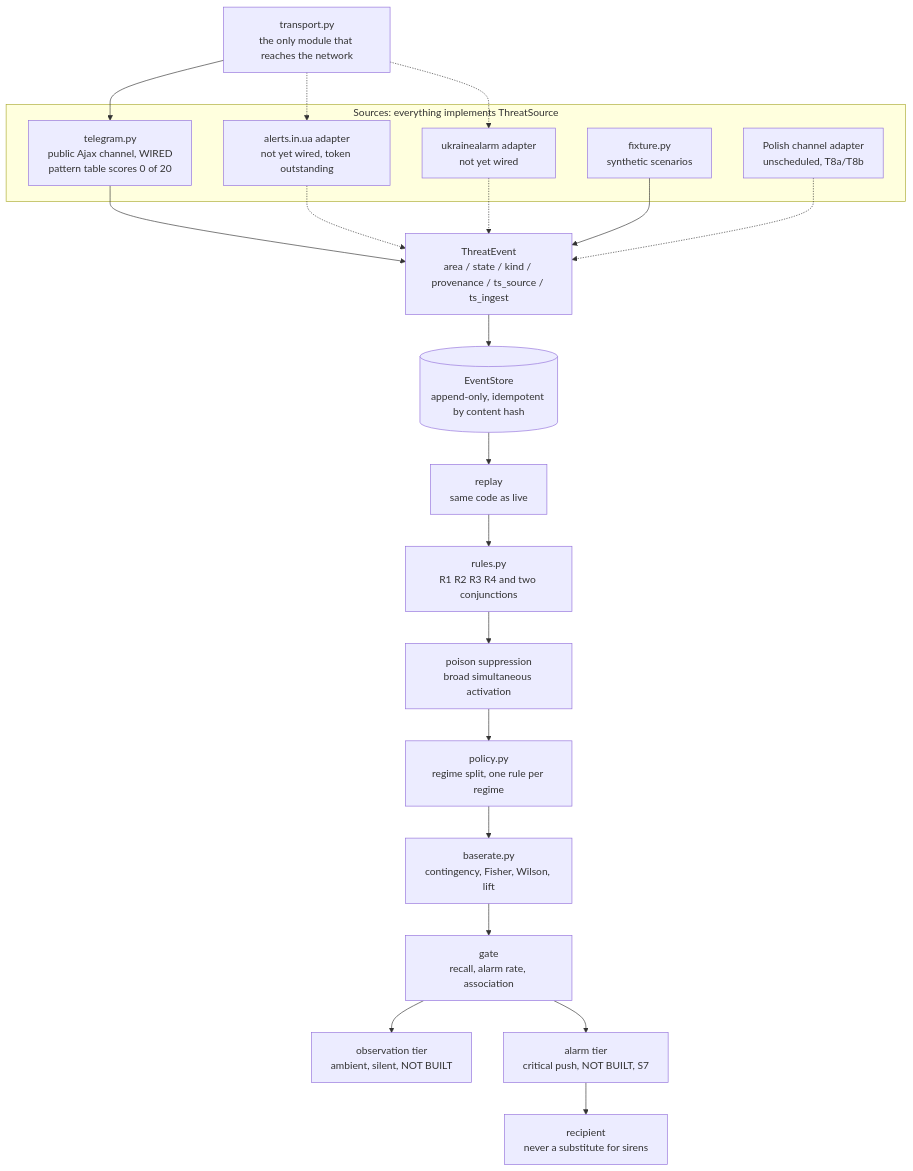
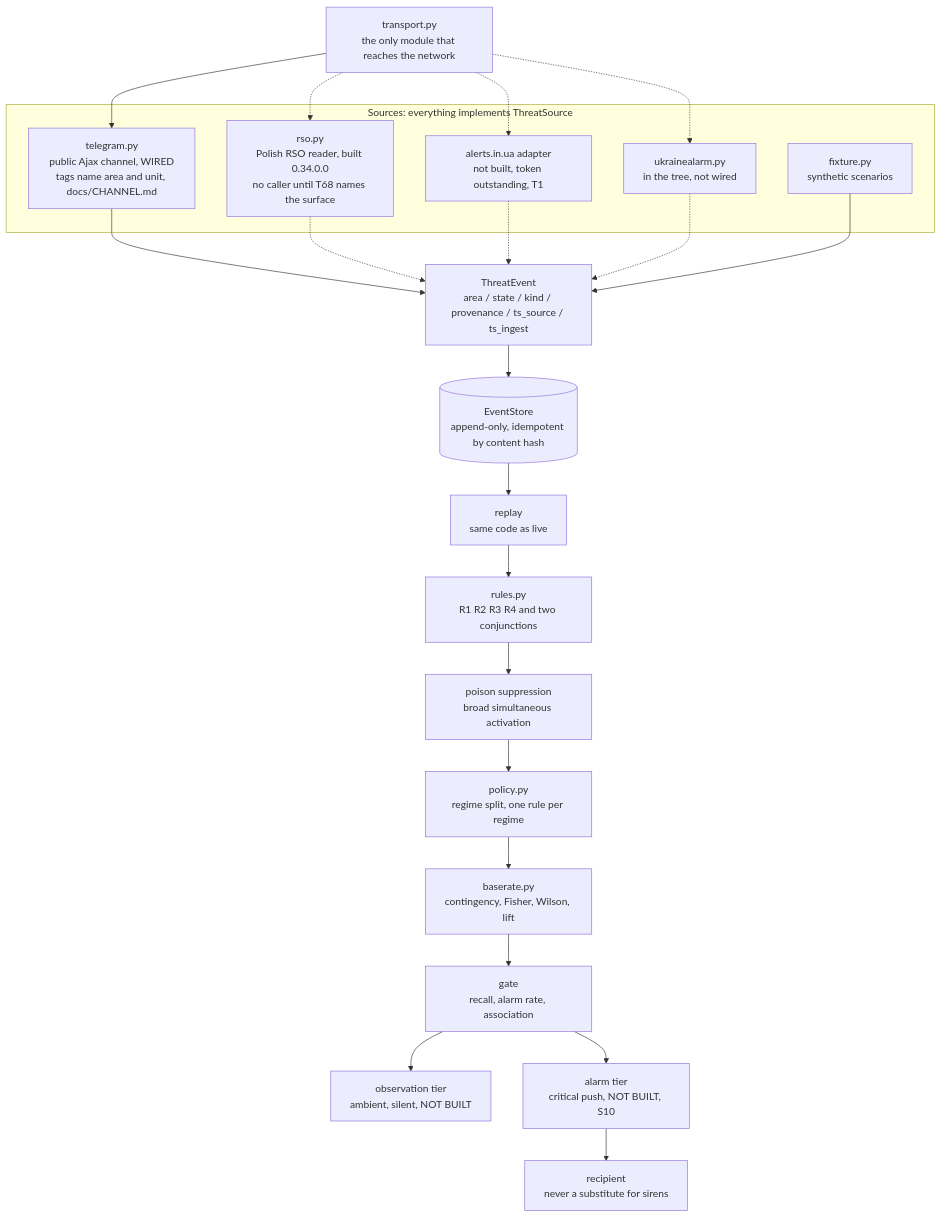
One commit to jerzy99jerzy/air-alert-early-warning changed the diagram in docs/ARCHITECTURE.md. Above: the diagram before and after it, drawn with Mermaid. The commit also changed other lines of this file and 9 other files, not shown here.

````diff
--- a/docs/ARCHITECTURE.md
+++ b/docs/ARCHITECTURE.md
@@ -32,31 +32,32 @@
 ```mermaid
 flowchart TD
     NET["transport.py<br/>the only module that reaches the network"]
     subgraph IN["Sources: everything implements ThreatSource"]
-        TG["telegram.py<br/>public Ajax channel, WIRED<br/>pattern table scores 0 of 20"]
-        UA["alerts.in.ua adapter<br/>not yet wired, token outstanding"]
-        OFF["ukrainealarm adapter<br/>not yet wired"]
+        TG["telegram.py<br/>public Ajax channel, WIRED<br/>tags name area and unit, docs/CHANNEL.md"]
+        RSO["rso.py<br/>Polish RSO reader, built 0.34.0.0<br/>no caller until T68 names the surface"]
+        UA["alerts.in.ua adapter<br/>not built, token outstanding, T1"]
+        OFF["ukrainealarm.py<br/>in the tree, not wired"]
         FIX["fixture.py<br/>synthetic scenarios"]
-        PL["Polish channel adapter<br/>unscheduled, T8a/T8b"]
     end
     NET --> TG
+    NET -.-> RSO
     NET -.-> UA
     NET -.-> OFF
     TG --> EV
+    RSO -.-> EV
     UA -.-> EV
     OFF -.-> EV
     FIX --> EV
-    PL -.-> EV
 
     EV["ThreatEvent<br/>area / state / kind / provenance / ts_source / ts_ingest"]
     EV --> STORE[("EventStore<br/>append-only, idempotent by content hash")]
     STORE --> REPLAY["replay<br/>same code as live"]
     REPLAY --> RULES["rules.py<br/>R1 R2 R3 R4 and two conjunctions"]
     RULES --> SUPPRESS["poison suppression<br/>broad simultaneous activation"]
     SUPPRESS --> POLICY["policy.py<br/>regime split, one rule per regime"]
     POLICY --> BASE["baserate.py<br/>contingency, Fisher, Wilson, lift"]
     BASE --> GATE["gate<br/>recall, alarm rate, association"]
     GATE --> OBS["observation tier<br/>ambient, silent, NOT BUILT"]
-    GATE --> ALARM["alarm tier<br/>critical push, NOT BUILT, S7"]
+    GATE --> ALARM["alarm tier<br/>critical push, NOT BUILT, S10"]
     ALARM --> HUMAN["recipient<br/>never a substitute for sirens"]
 ```
````
